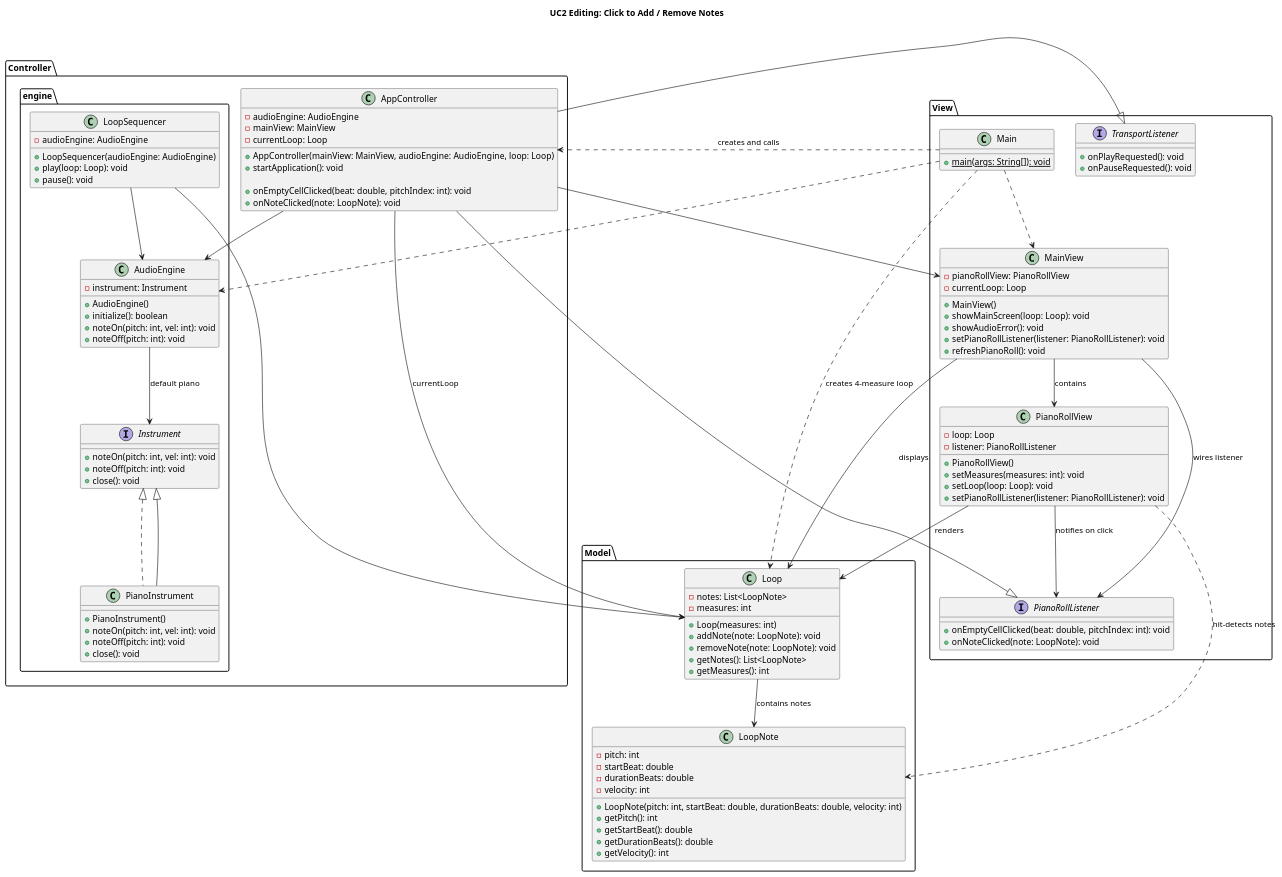
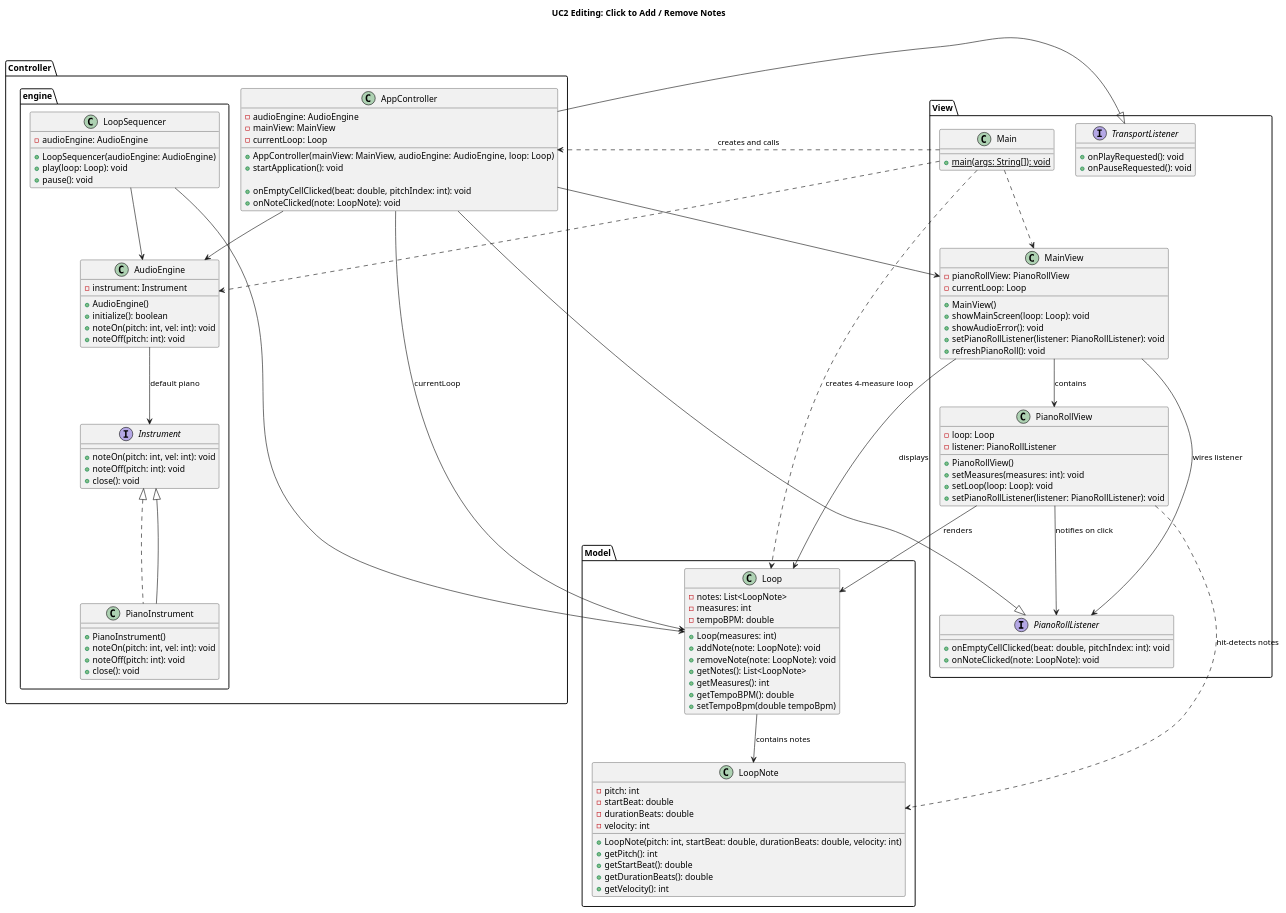
Before and after one commit to nu-cs-sw-design/project-20252601-music_platform: the diagram in docs/design/design.puml, drawn with PlantUML. The commit also changed 3 other files, not shown here.

```diff
--- a/docs/design/design.puml
+++ b/docs/design/design.puml
@@ -1,139 +1,143 @@
 @startuml
 title UC2 Editing: Click to Add / Remove Notes
 
 package View {
     class Main {
         +{static} main(args: String[]): void
     }
 
     class MainView {
         -pianoRollView: PianoRollView
         -currentLoop: Loop
 
         +MainView()
         +showMainScreen(loop: Loop): void
         +showAudioError(): void
         +setPianoRollListener(listener: PianoRollListener): void
         +refreshPianoRoll(): void
     }
 
     class PianoRollView {
         -loop: Loop
         -listener: PianoRollListener
 
         +PianoRollView()
         +setMeasures(measures: int): void
         +setLoop(loop: Loop): void
         +setPianoRollListener(listener: PianoRollListener): void
         ' Internally handles mouse clicks, then calls listener
     }
 
     interface PianoRollListener {
         +onEmptyCellClicked(beat: double, pitchIndex: int): void
         +onNoteClicked(note: LoopNote): void
     }
 
     interface TransportListener {
        +onPlayRequested(): void
         +onPauseRequested(): void
     }
 }
 
 package Model {
     class Loop {
         -notes: List<LoopNote>
         -measures: int
+        -tempoBPM: double
 
         +Loop(measures: int)
         +addNote(note: LoopNote): void
         +removeNote(note: LoopNote): void
         +getNotes(): List<LoopNote>
         +getMeasures(): int
+        +getTempoBPM(): double
+        +setTempoBpm(double tempoBpm)
+
     }
 
     class LoopNote {
         -pitch: int
         -startBeat: double
         -durationBeats: double
         -velocity: int
 
         +LoopNote(pitch: int, startBeat: double, durationBeats: double, velocity: int)
         +getPitch(): int
         +getStartBeat(): double
         +getDurationBeats(): double
         +getVelocity(): int
     }
 }
 
 package Controller {
     class AppController {
         -audioEngine: AudioEngine
         -mainView: MainView
         -currentLoop: Loop
 
         +AppController(mainView: MainView, audioEngine: AudioEngine, loop: Loop)
         +startApplication(): void
 
         +onEmptyCellClicked(beat: double, pitchIndex: int): void
         +onNoteClicked(note: LoopNote): void
     }
 
     AppController --|> PianoRollListener
 
     package engine {
         interface Instrument {
             +noteOn(pitch: int, vel: int): void
             +noteOff(pitch: int): void
             +close(): void
         }
 
         class PianoInstrument implements Instrument {
             +PianoInstrument()
             +noteOn(pitch: int, vel: int): void
             +noteOff(pitch: int): void
             +close(): void
         }
 
         class AudioEngine {
             -instrument: Instrument
             +AudioEngine()
             +initialize(): boolean
             +noteOn(pitch: int, vel: int): void
             +noteOff(pitch: int): void
         }
         class LoopSequencer {
                     -audioEngine: AudioEngine
                     +LoopSequencer(audioEngine: AudioEngine)
                     +play(loop: Loop): void
                     +pause(): void
                 }
     }
 }
 
 ' --- Relationships ---
 
 Main ..> AppController : "creates and calls"
 Main ..> MainView
 Main ..> AudioEngine
 Main ..> Loop : "creates 4-measure loop"
 
 MainView --> PianoRollView : "contains"
 MainView --> Loop : "displays"
 MainView --> PianoRollListener : "wires listener"
 
 PianoRollView --> Loop : "renders"
 PianoRollView ..> LoopNote : "hit-detects notes"
 PianoRollView --> PianoRollListener : "notifies on click"
 
 AppController --> MainView
 AppController --> AudioEngine
 AppController --> Loop : "currentLoop"
 
 Controller.engine.PianoInstrument --|> Controller.engine.Instrument
 Controller.engine.AudioEngine --> Controller.engine.Instrument : "default piano"
 
 Loop --> LoopNote : "contains notes"
 Controller.engine.LoopSequencer --> Controller.engine.AudioEngine
 Controller.engine.LoopSequencer --> Loop
 AppController --|> TransportListener
 @enduml
```
